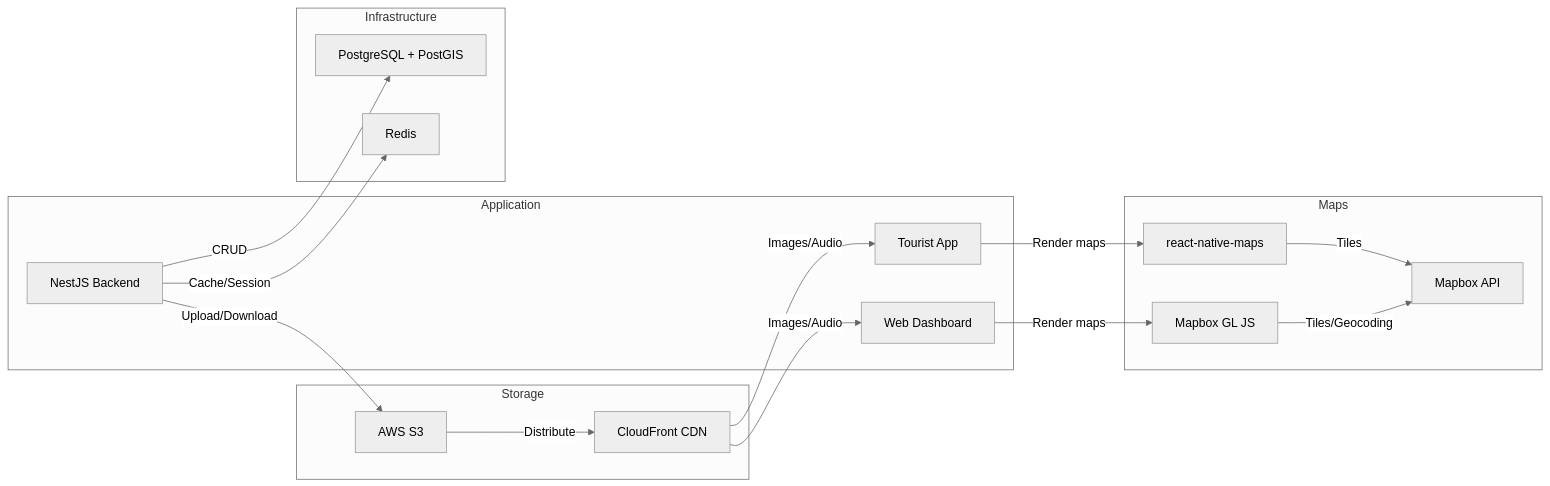
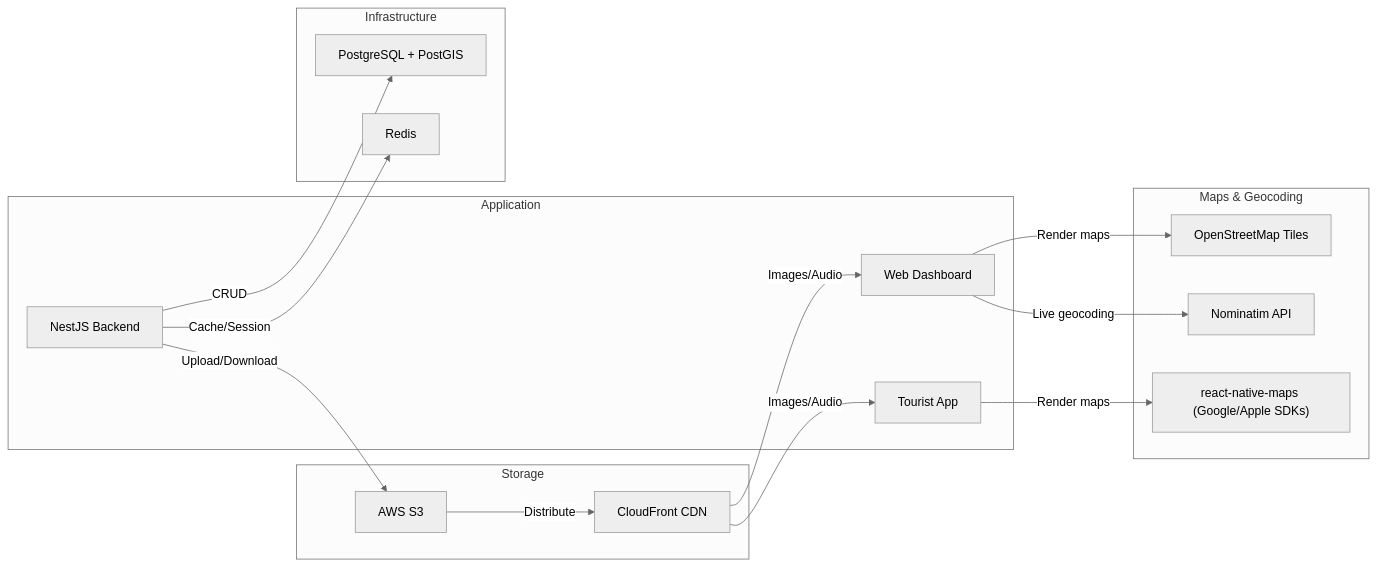
One commit to Ttuandatt/Seminar changed the seventh of 7 diagrams in docs/step3_prd/17_component_diagram.md. Above: the diagram before and after it, drawn with Mermaid (neutral theme). The commit also changed other lines of this file and 13 other files, not shown here.

Commit message:
docs(prd): update personas, user stories, requirements, diagrams to reflect latest features

````diff
--- a/docs/step3_prd/17_component_diagram.md
+++ b/docs/step3_prd/17_component_diagram.md
@@ -387,37 +389,36 @@
 ```mermaid
 graph LR
     subgraph App["Application"]
         Backend2["NestJS Backend"]
         WebApp2["Web Dashboard"]
         MobileApp2["Tourist App"]
     end
 
     subgraph Storage["Storage"]
         S3_2["AWS S3"]
         CDN2["CloudFront CDN"]
     end
 
-    subgraph Maps["Maps"]
-        MapboxAPI["Mapbox API"]
-        MapboxGL["Mapbox GL JS"]
-        RNMaps["react-native-maps"]
+    subgraph Maps["Maps & Geocoding"]
+        LeafletTiles["OpenStreetMap Tiles"]
+        Nominatim["Nominatim API"]
+        RNMaps["react-native-maps (Google/Apple SDKs)"]
     end
 
     subgraph Infra["Infrastructure"]
         PG["PostgreSQL + PostGIS"]
         Redis2["Redis"]
     end
 
     Backend2 -->|Upload/Download| S3_2
     S3_2 -->|Distribute| CDN2
     CDN2 -->|Images/Audio| MobileApp2
     CDN2 -->|Images/Audio| WebApp2
 
-    WebApp2 -->|Render maps| MapboxGL
+    WebApp2 -->|Render maps| LeafletTiles
+    WebApp2 -->|Live geocoding| Nominatim
     MobileApp2 -->|Render maps| RNMaps
-    MapboxGL -->|Tiles/Geocoding| MapboxAPI
-    RNMaps -->|Tiles| MapboxAPI
 
     Backend2 -->|CRUD| PG
     Backend2 -->|Cache/Session| Redis2
 ```
````
